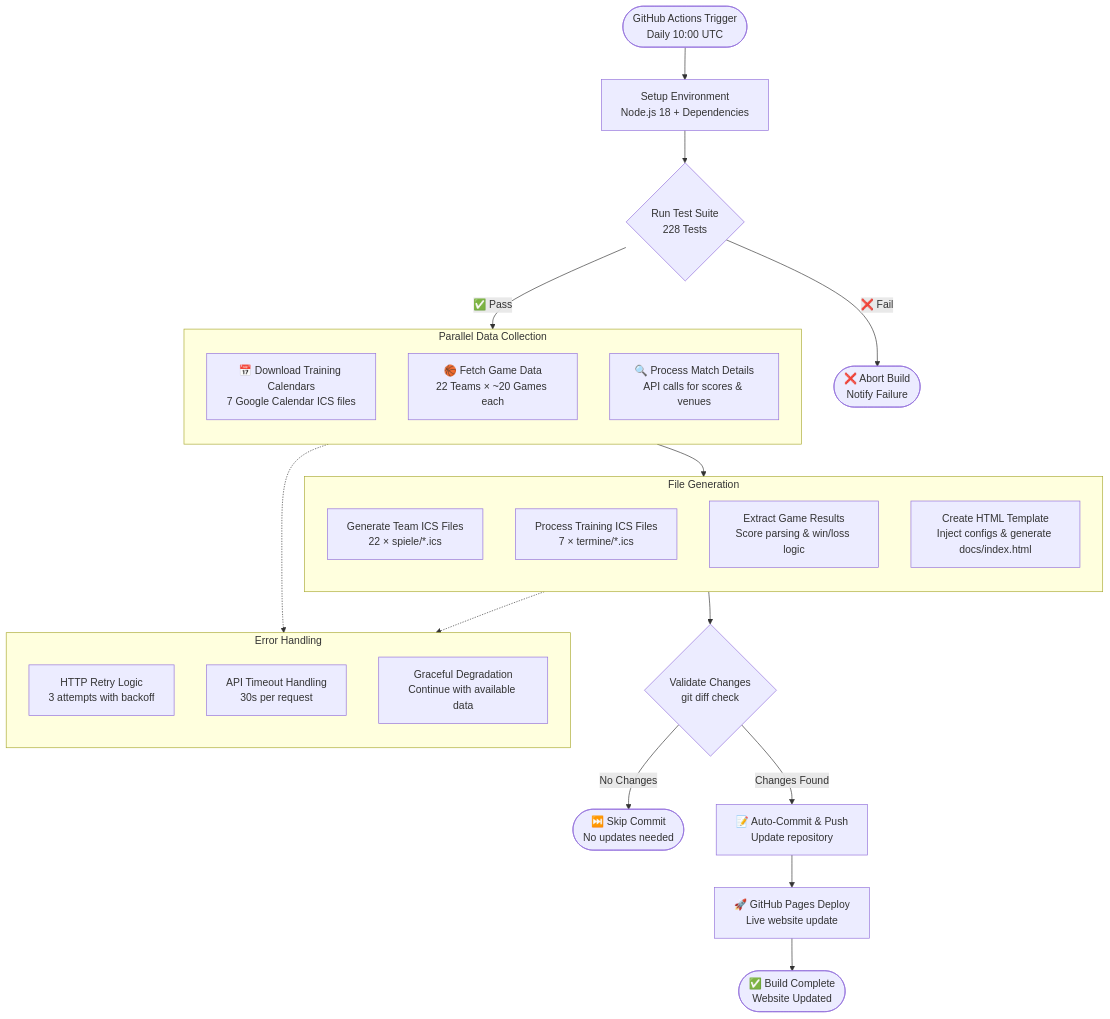
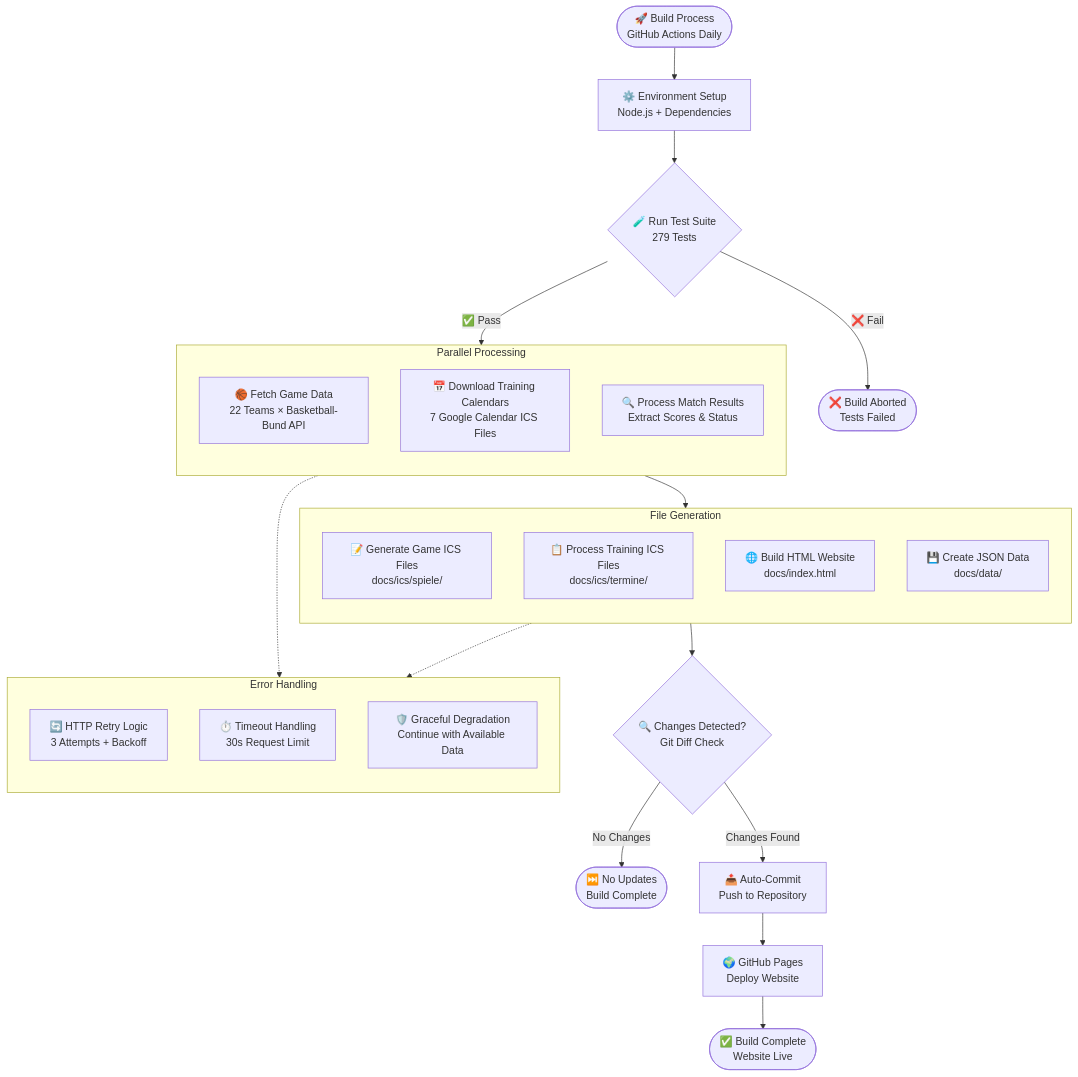
One commit to pkcpkc/bc-lions-moabit changed the diagram in README.md. Above: the diagram before and after it, drawn with Mermaid. The commit also changed other lines of this file and 118 other files, not shown here.

````diff
--- a/README.md
+++ b/README.md
@@ -107,42 +16,42 @@
 ```mermaid
 flowchart TD
-    START([GitHub Actions Trigger<br/>Daily 10:00 UTC]) --> SETUP[Setup Environment<br/>Node.js 18 + Dependencies]
+    START([🚀 Build Process<br/>GitHub Actions Daily]) --> SETUP[⚙️ Environment Setup<br/>Node.js + Dependencies]
     
-    SETUP --> TESTS{Run Test Suite<br/>228 Tests}
-    TESTS -->|❌ Fail| ABORT([❌ Abort Build<br/>Notify Failure])
-    TESTS -->|✅ Pass| PARALLEL[Parallel Processing Phase]
+    SETUP --> TESTS{🧪 Run Test Suite<br/>279 Tests}
+    TESTS -->|❌ Fail| ABORT([❌ Build Aborted<br/>Tests Failed])
+    TESTS -->|✅ Pass| PARALLEL[📊 Data Collection Phase]
     
-    subgraph PARALLEL [Parallel Data Collection]
+    subgraph PARALLEL [Parallel Processing]
         direction TB
-        P1[📅 Download Training Calendars<br/>7 Google Calendar ICS files]
-        P2[🏀 Fetch Game Data<br/>22 Teams × ~20 Games each]
-        P3[🔍 Process Match Details<br/>API calls for scores & venues]
+        P1[🏀 Fetch Game Data<br/>22 Teams × Basketball-Bund API]
+        P2[📅 Download Training Calendars<br/>7 Google Calendar ICS Files]
+        P3[🔍 Process Match Results<br/>Extract Scores & Status]
     end
     
-    PARALLEL --> PROCESS[Data Processing & Generation]
+    PARALLEL --> TRANSFORM[🔄 Data Transformation]
     
-    subgraph PROCESS [File Generation]
+    subgraph TRANSFORM [File Generation]
         direction TB
-        GEN1[Generate Team ICS Files<br/>22 × spiele/*.ics]
-        GEN2[Process Training ICS Files<br/>7 × termine/*.ics] 
-        GEN3[Extract Game Results<br/>Score parsing & win/loss logic]
-        GEN4[Create HTML Template<br/>Inject configs & generate docs/index.html]
+        T1[📝 Generate Game ICS Files<br/>docs/ics/spiele/]
+        T2[📋 Process Training ICS Files<br/>docs/ics/termine/]
+        T3[🌐 Build HTML Website<br/>docs/index.html]
+        T4[💾 Create JSON Data<br/>docs/data/]
     end
     
-    PROCESS --> VALIDATE{Validate Changes<br/>git diff check}
-    VALIDATE -->|No Changes| SKIP([⏭️ Skip Commit<br/>No updates needed])
-    VALIDATE -->|Changes Found| COMMIT[📝 Auto-Commit & Push<br/>Update repository]
+    TRANSFORM --> VALIDATE{🔍 Changes Detected?<br/>Git Diff Check}
+    VALIDATE -->|No Changes| SKIP([⏭️ No Updates<br/>Build Complete])
+    VALIDATE -->|Changes Found| COMMIT[📤 Auto-Commit<br/>Push to Repository]
     
-    COMMIT --> DEPLOY[🚀 GitHub Pages Deploy<br/>Live website update]
-    DEPLOY --> SUCCESS([✅ Build Complete<br/>Website Updated])
+    COMMIT --> DEPLOY[🌍 GitHub Pages<br/>Deploy Website]
+    DEPLOY --> SUCCESS([✅ Build Complete<br/>Website Live])
     
-    subgraph ERROR_HANDLING [Error Handling]
+    subgraph ERROR [Error Handling]
         direction TB
-        ERR1[HTTP Retry Logic<br/>3 attempts with backoff]
-        ERR2[API Timeout Handling<br/>30s per request]
-        ERR3[Graceful Degradation<br/>Continue with available data]
+        E1[🔄 HTTP Retry Logic<br/>3 Attempts + Backoff]
+        E2[⏱️ Timeout Handling<br/>30s Request Limit]
+        E3[🛡️ Graceful Degradation<br/>Continue with Available Data]
     end
     
-    PARALLEL -.-> ERROR_HANDLING
-    PROCESS -.-> ERROR_HANDLING
+    PARALLEL -.-> ERROR
+    TRANSFORM -.-> ERROR
 ```
````
